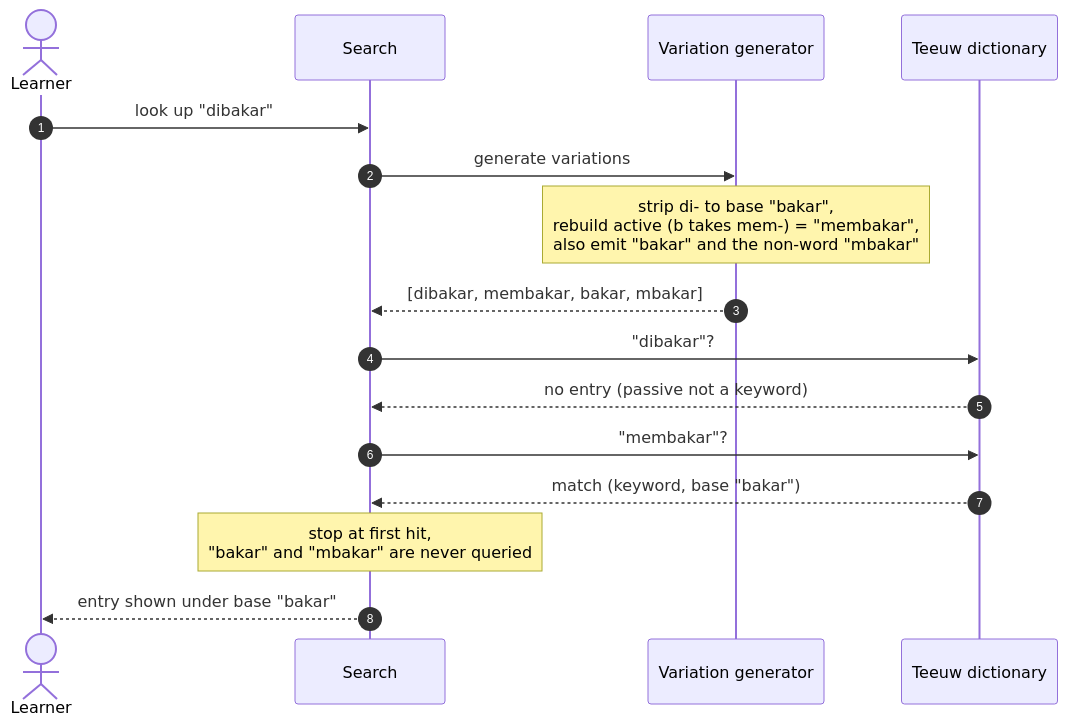
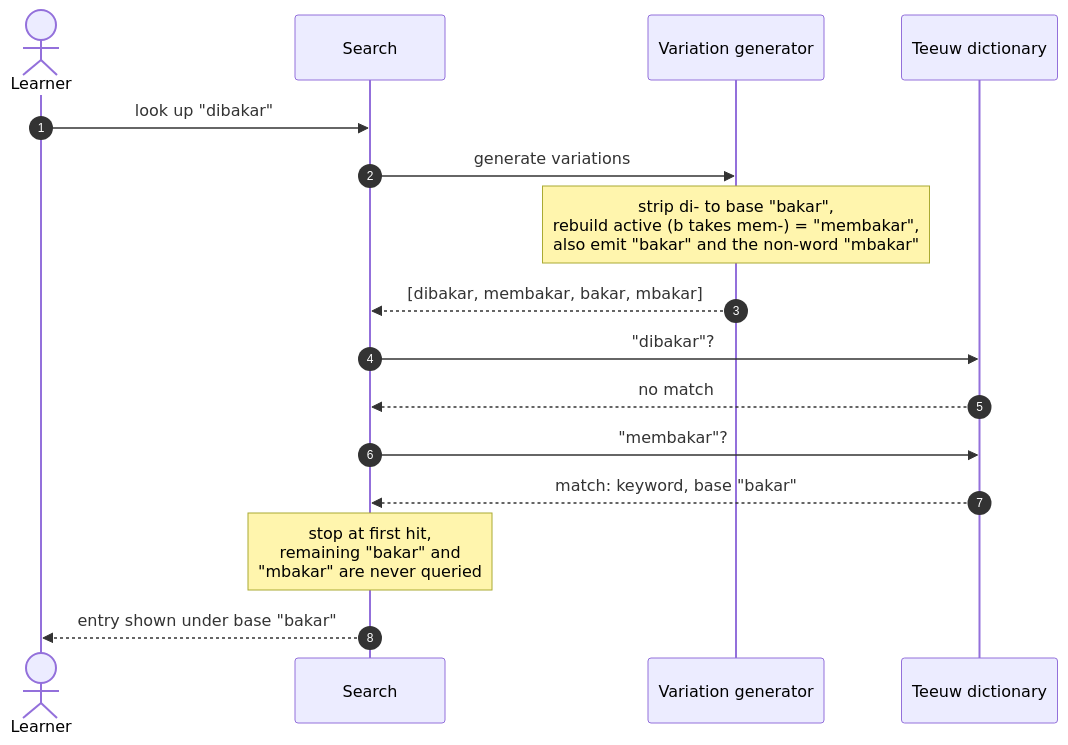
Before and after one commit to remarcmij/taalwiz-mono: the first of 2 diagrams in apps/docs/docs/guide/how-search-works.md, drawn with Mermaid. The commit also changed other lines of this file, not shown here.

````diff
--- a/apps/docs/docs/guide/how-search-works.md
+++ b/apps/docs/docs/guide/how-search-works.md
@@ -140,19 +145,19 @@
 ```mermaid
 sequenceDiagram
     autonumber
     actor U as Learner
     participant S as Search
     participant G as Variation generator
     participant D as Teeuw dictionary
 
     U->>S: look up "dibakar"
     S->>G: generate variations
     Note over G: strip di- to base "bakar",<br/>rebuild active (b takes mem-) = "membakar",<br/>also emit "bakar" and the non-word "mbakar"
     G-->>S: [dibakar, membakar, bakar, mbakar]
     S->>D: "dibakar"?
-    D-->>S: no entry (passive not a keyword)
+    D-->>S: no match
     S->>D: "membakar"?
-    D-->>S: match (keyword, base "bakar")
-    Note over S: stop at first hit,<br/>"bakar" and "mbakar" are never queried
+    D-->>S: match: keyword, base "bakar"
+    Note over S: stop at first hit,<br/>remaining "bakar" and<br/>"mbakar" are never queried
     S-->>U: entry shown under base "bakar"
 ```
````
